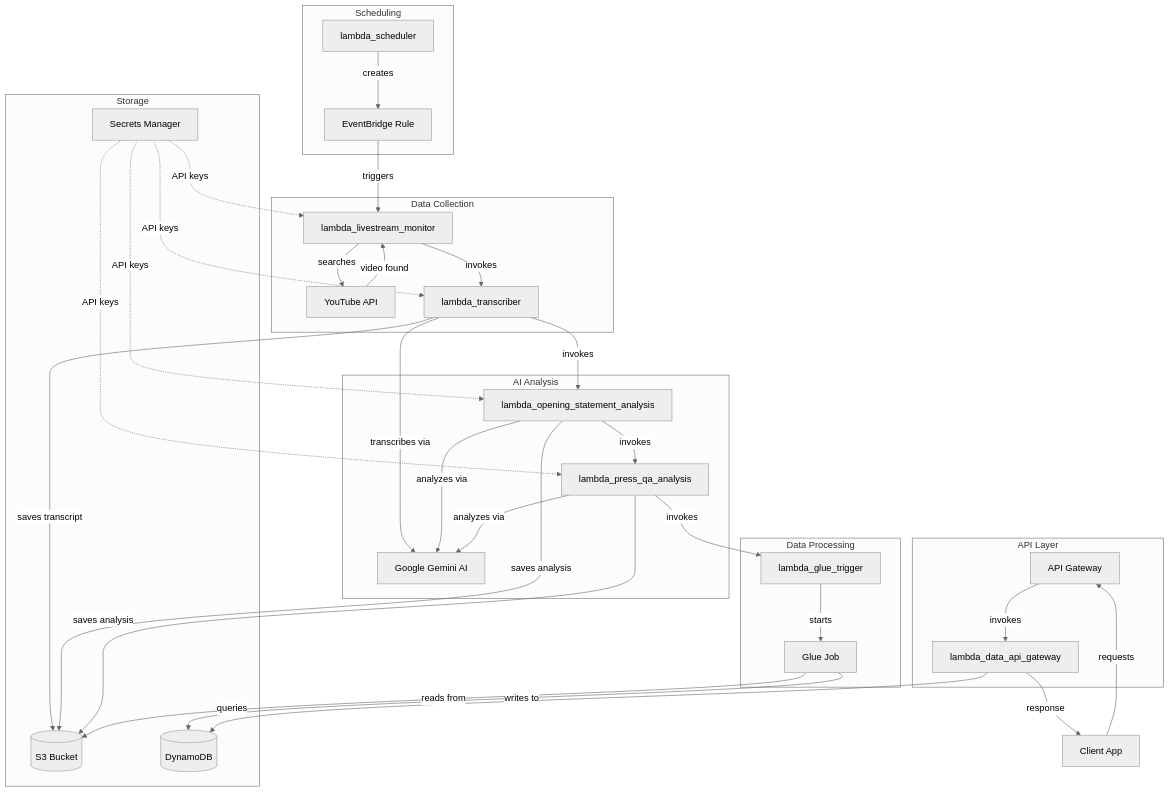
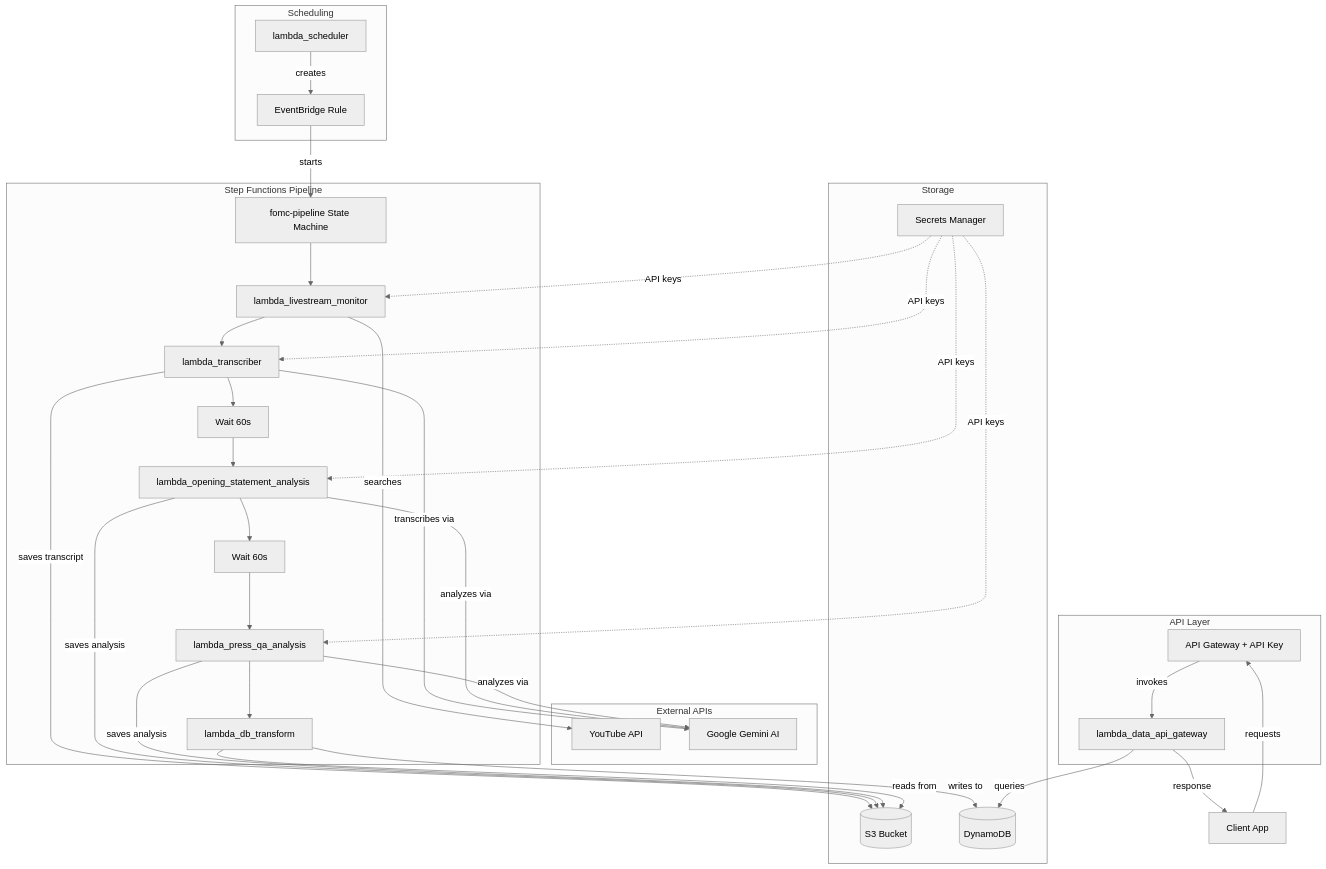
Before and after one commit to acoffeerunner/fomc-aws-stack: the diagram in README.md, drawn with Mermaid (neutral theme). The commit also changed other lines of this file, not shown here.

First line of the commit message:
README: update for Step Functions pipeline and REST API

````diff
--- a/README.md
+++ b/README.md
@@ -19,74 +19,70 @@
 ```mermaid
 flowchart TB
     subgraph Scheduling
         EB[EventBridge Rule]
         SCH[lambda_scheduler]
     end
 
-    subgraph Data Collection
-        YT[YouTube API]
+    subgraph Step Functions Pipeline
+        SF[fomc-pipeline State Machine]
         MON[lambda_livestream_monitor]
         TRANS[lambda_transcriber]
+        WAIT1[Wait 60s]
+        OPEN[lambda_opening_statement_analysis]
+        WAIT2[Wait 60s]
+        QA[lambda_press_qa_analysis]
+        DBT[lambda_db_transform]
     end
 
-    subgraph AI Analysis
-        OPEN[lambda_opening_statement_analysis]
-        QA[lambda_press_qa_analysis]
+    subgraph External APIs
+        YT[YouTube API]
         GEMINI[Google Gemini AI]
-    end
-
-    subgraph Data Processing
-        GLUE_TRIG[lambda_glue_trigger]
-        GLUE[Glue Job]
     end
 
     subgraph Storage
         S3[(S3 Bucket)]
         DDB[(DynamoDB)]
         SM[Secrets Manager]
     end
 
     subgraph API Layer
-        APIGW[API Gateway]
+        APIGW[API Gateway + API Key]
         API_LAMBDA[lambda_data_api_gateway]
     end
 
     USER[Client App]
 
     %% Scheduling flow
     SCH -->|creates| EB
-    EB -->|triggers| MON
+    EB -->|starts| SF
 
-    %% Data collection flow
+    %% Step Functions pipeline
+    SF --> MON
     MON -->|searches| YT
-    YT -->|video found| MON
-    MON -->|invokes| TRANS
+    MON --> TRANS
     TRANS -->|transcribes via| GEMINI
     TRANS -->|saves transcript| S3
-
-    %% Analysis flow
-    TRANS -->|invokes| OPEN
+    TRANS --> WAIT1
+    WAIT1 --> OPEN
     OPEN -->|analyzes via| GEMINI
     OPEN -->|saves analysis| S3
-    OPEN -->|invokes| QA
+    OPEN --> WAIT2
+    WAIT2 --> QA
     QA -->|analyzes via| GEMINI
     QA -->|saves analysis| S3
-
-    %% Data processing flow
-    QA -->|invokes| GLUE_TRIG
-    GLUE_TRIG -->|starts| GLUE
-    GLUE -->|reads from| S3
-    GLUE -->|writes to| DDB
+    QA --> DBT
+    DBT -->|reads from| S3
+    DBT -->|writes to| DDB
 
     %% API flow
     USER -->|requests| APIGW
     APIGW -->|invokes| API_LAMBDA
     API_LAMBDA -->|queries| DDB
     API_LAMBDA -->|response| USER
 
     %% Secrets access
     SM -.->|API keys| MON
     SM -.->|API keys| TRANS
     SM -.->|API keys| OPEN
     SM -.->|API keys| QA
 ```
````
